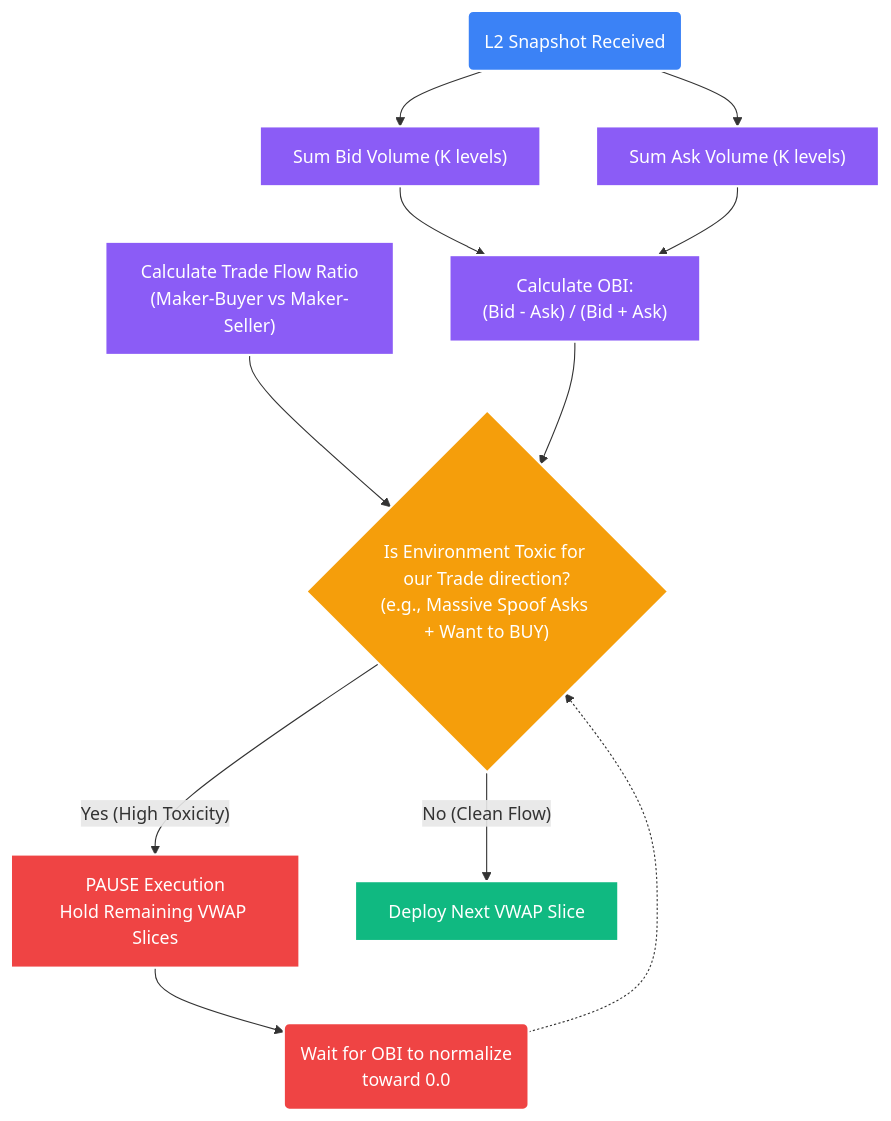
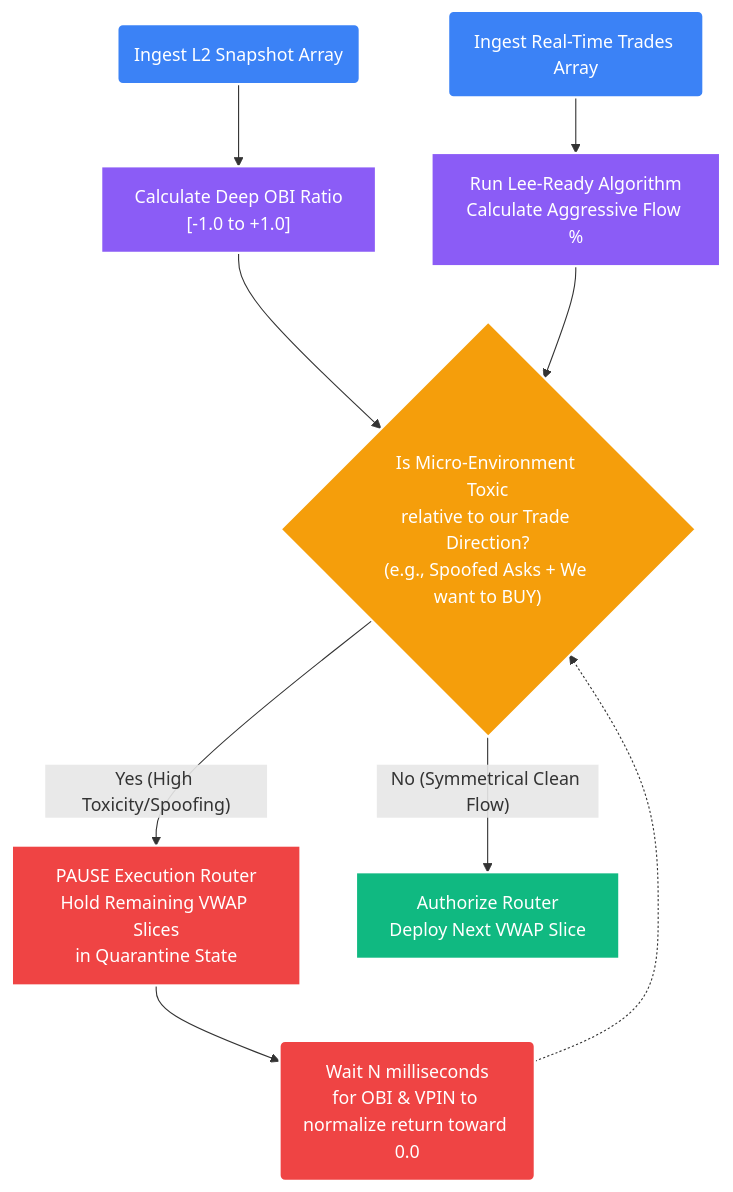
The diagram in docs/models/15_orderbook_toxicity_obi.md (racoya/stockstats), drawn with Mermaid before and after one commit. The commit also changed other lines of this file, not shown here.

First line of the commit message:
docs(math): expand order book toxicity and spoofing documentation

````diff
--- a/docs/models/15_orderbook_toxicity_obi.md
+++ b/docs/models/15_orderbook_toxicity_obi.md
@@ -42,28 +50,27 @@
 ```mermaid
 graph TD
     classDef l2 fill:#3b82f6,stroke:#fff,stroke-width:2px,color:#fff;
     classDef calc fill:#8b5cf6,stroke:#fff,stroke-width:2px,color:#fff;
     classDef logic fill:#f59e0b,stroke:#fff,stroke-width:2px,color:#fff;
     classDef exec fill:#10b981,stroke:#fff,stroke-width:2px,color:#fff;
     classDef pause fill:#ef4444,stroke:#fff,stroke-width:2px,color:#fff;
 
-    Book("L2 Snapshot Received"):::l2
-    Bid["Sum Bid Volume (K levels)"]:::calc
-    Ask["Sum Ask Volume (K levels)"]:::calc
+    Book("Ingest L2 Snapshot Array"):::l2
+    Ticks("Ingest Real-Time Trades Array"):::l2
     
-    OBI["Calculate OBI:\n(Bid - Ask) / (Bid + Ask)"]:::calc
-    TradeFlow["Calculate Trade Flow Ratio\n(Maker-Buyer vs Maker-Seller)"]:::calc
+    OBI["Calculate Deep OBI Ratio\n[-1.0 to +1.0]"]:::calc
+    VPIN["Run Lee-Ready Algorithm\nCalculate Aggressive Flow %"]:::calc
     
-    Book --> Bid --> OBI
-    Book --> Ask --> OBI
-    TradeFlow --> Eval
+    Book --> OBI
+    Ticks --> VPIN
     
-    Eval{"Is Environment Toxic for our Trade direction?\n(e.g., Massive Spoof Asks + Want to BUY)"}:::logic
+    Eval{"Is Micro-Environment Toxic\nrelative to our Trade Direction?\n(e.g., Spoofed Asks + We want to BUY)"}:::logic
     OBI --> Eval
+    VPIN --> Eval
     
-    Eval -- "Yes (High Toxicity)" --> Veto["PAUSE Execution\nHold Remaining VWAP Slices"]:::pause
-    Eval -- "No (Clean Flow)" --> Auth["Deploy Next VWAP Slice"]:::exec
+    Eval -- "Yes (High Toxicity/Spoofing)" --> Veto["PAUSE Execution Router\nHold Remaining VWAP Slices\nin Quarantine State"]:::pause
+    Eval -- "No (Symmetrical Clean Flow)" --> Auth["Authorize Router\nDeploy Next VWAP Slice"]:::exec
     
-    Veto --> Wait("Wait for OBI to normalize\ntoward 0.0"):::pause
+    Veto --> Wait("Wait N milliseconds\nfor OBI & VPIN to normalize return toward 0.0"):::pause
     Wait -.-> Eval
 ```
````
